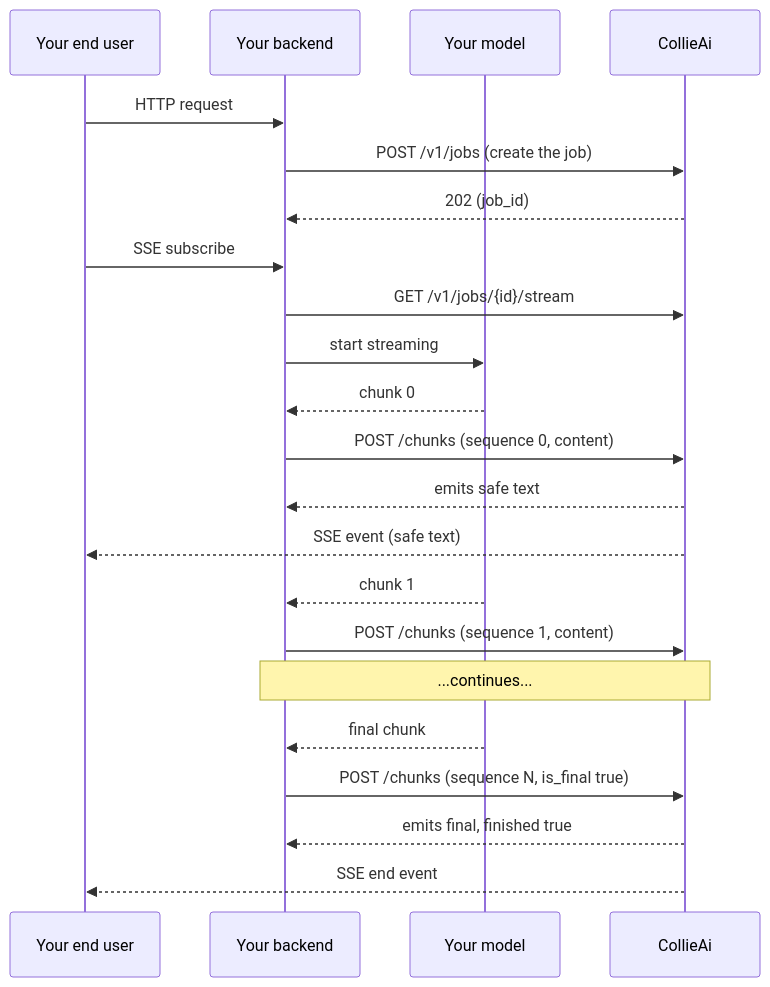
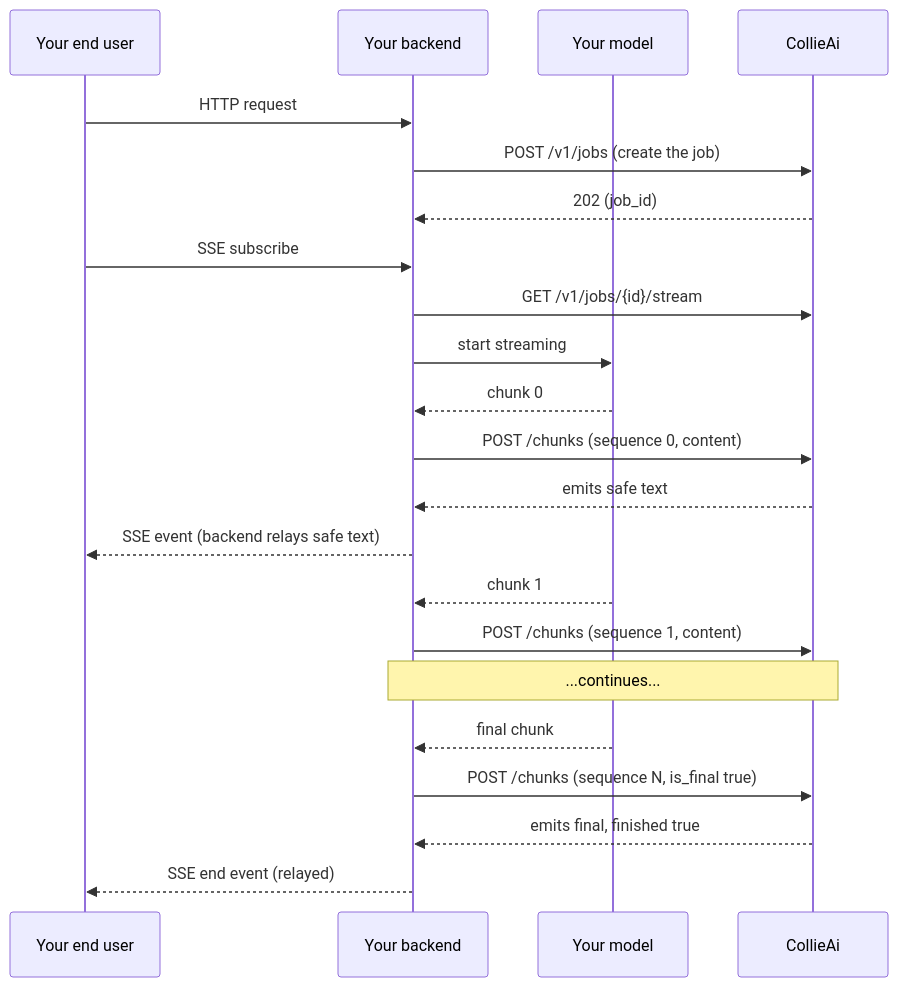
Before and after one commit to kir-d/llm-firewall: the diagram in docs/async-jobs/customer-owned-streaming.md, drawn with Mermaid. The commit also changed 3 other files, not shown here.

First line of the commit message:
docs: correct mermaid diagram accuracy

````diff
--- a/docs/async-jobs/customer-owned-streaming.md
+++ b/docs/async-jobs/customer-owned-streaming.md
@@ -26,24 +26,24 @@
 ```mermaid
 sequenceDiagram
     participant U as Your end user
     participant B as Your backend
     participant M as Your model
     participant C as CollieAi
     U->>B: HTTP request
     B->>C: POST /v1/jobs (create the job)
     C-->>B: 202 (job_id)
     U->>B: SSE subscribe
     B->>C: GET /v1/jobs/{id}/stream
     B->>M: start streaming
     M-->>B: chunk 0
     B->>C: POST /chunks (sequence 0, content)
     C-->>B: emits safe text
-    C-->>U: SSE event (safe text)
+    B-->>U: SSE event (backend relays safe text)
     M-->>B: chunk 1
     B->>C: POST /chunks (sequence 1, content)
     Note over B,C: ...continues...
     M-->>B: final chunk
     B->>C: POST /chunks (sequence N, is_final true)
     C-->>B: emits final, finished true
-    C-->>U: SSE end event
+    B-->>U: SSE end event (relayed)
 ```
````
